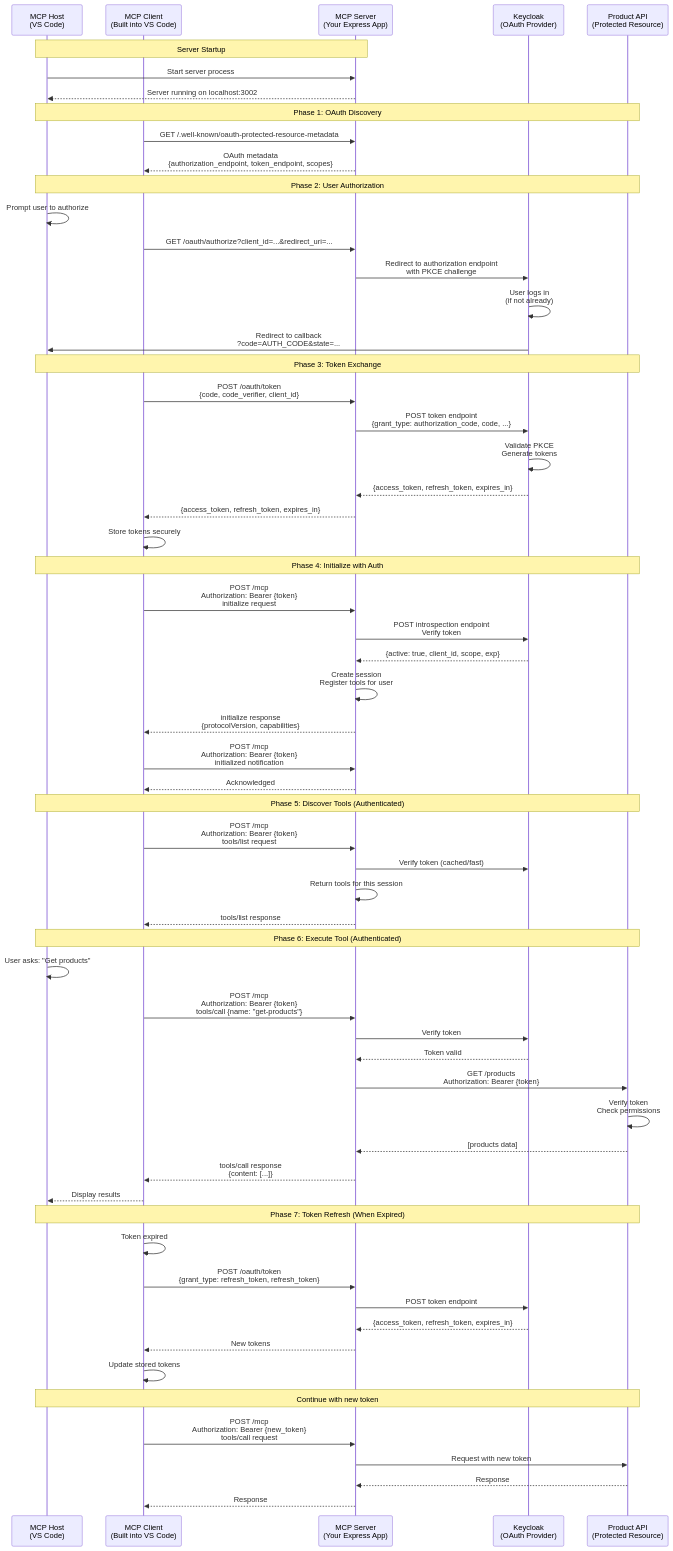
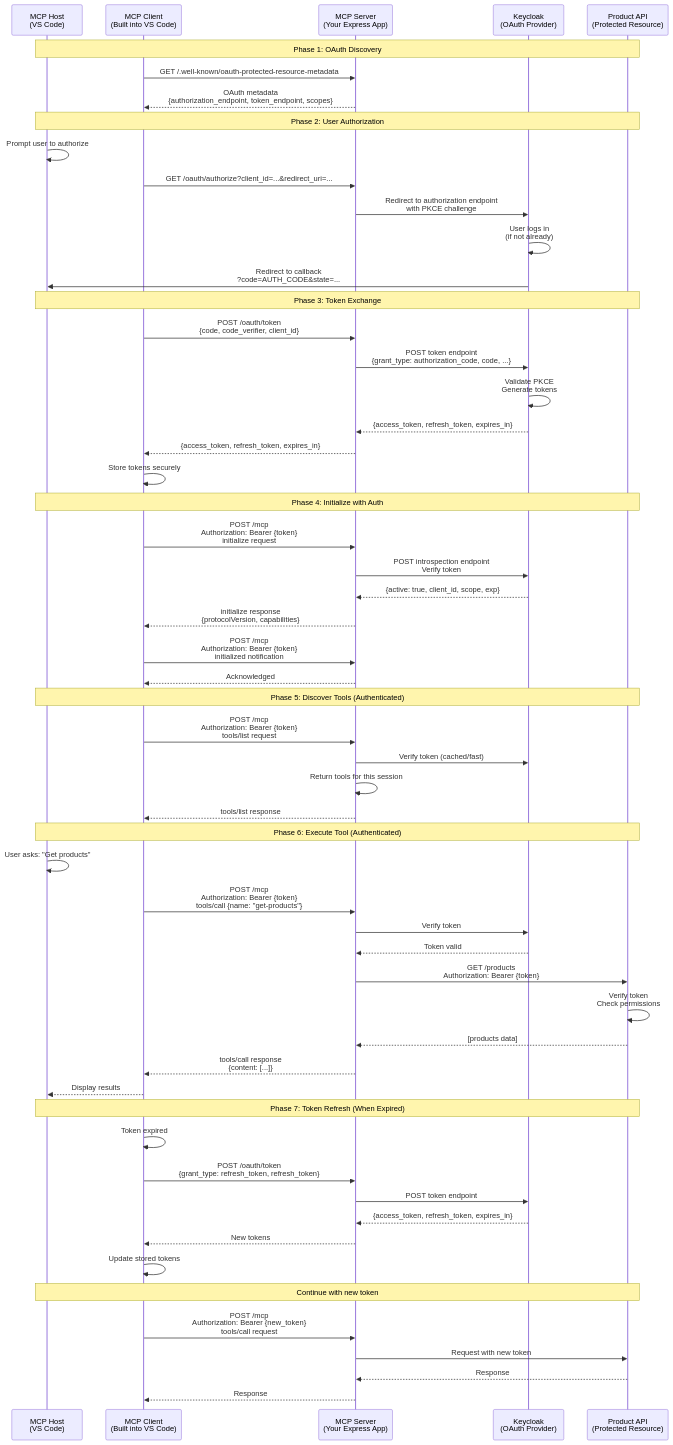
One commit to irinasmt/API-MCP-Keycloack-Demo changed the second of 2 diagrams in MCP-Flow-Diagrams.md. Above: the diagram before and after it, drawn with Mermaid. The commit also changed other lines of this file, not shown here.

Commit message:
small adjustments

````diff
--- a/MCP-Flow-Diagrams.md
+++ b/MCP-Flow-Diagrams.md
@@ -42,74 +37,69 @@
 ```mermaid
 sequenceDiagram
     participant Host as MCP Host<br/>(VS Code)
     participant Client as MCP Client<br/>(Built into VS Code)
     participant Server as MCP Server<br/>(Your Express App)
     participant Keycloak as Keycloak<br/>(OAuth Provider)
     participant API as Product API<br/>(Protected Resource)
-
-    Note over Host,Server: Server Startup
-    Host->>Server: Start server process
-    Server-->>Host: Server running on localhost:3002
 
     Note over Host,API: Phase 1: OAuth Discovery
     Client->>Server: GET /.well-known/oauth-protected-resource-metadata
     Server-->>Client: OAuth metadata<br/>{authorization_endpoint, token_endpoint, scopes}
 
     Note over Host,API: Phase 2: User Authorization
     Host->>Host: Prompt user to authorize
     Client->>Server: GET /oauth/authorize?client_id=...&redirect_uri=...
     Server->>Keycloak: Redirect to authorization endpoint<br/>with PKCE challenge
 
     Keycloak->>Keycloak: User logs in<br/>(if not already)
     Keycloak->>Host: Redirect to callback<br/>?code=AUTH_CODE&state=...
 
     Note over Host,API: Phase 3: Token Exchange
     Client->>Server: POST /oauth/token<br/>{code, code_verifier, client_id}
     Server->>Keycloak: POST token endpoint<br/>{grant_type: authorization_code, code, ...}
     Keycloak->>Keycloak: Validate PKCE<br/>Generate tokens
     Keycloak-->>Server: {access_token, refresh_token, expires_in}
     Server-->>Client: {access_token, refresh_token, expires_in}
 
     Client->>Client: Store tokens securely
 
     Note over Host,API: Phase 4: Initialize with Auth
     Client->>Server: POST /mcp<br/>Authorization: Bearer {token}<br/>initialize request
     Server->>Keycloak: POST introspection endpoint<br/>Verify token
     Keycloak-->>Server: {active: true, client_id, scope, exp}
-    Server->>Server: Create session<br/>Register tools for user
     Server-->>Client: initialize response<br/>{protocolVersion, capabilities}
 
     Client->>Server: POST /mcp<br/>Authorization: Bearer {token}<br/>initialized notification
     Server-->>Client: Acknowledged
 
     Note over Host,API: Phase 5: Discover Tools (Authenticated)
     Client->>Server: POST /mcp<br/>Authorization: Bearer {token}<br/>tools/list request
     Server->>Keycloak: Verify token (cached/fast)
     Server->>Server: Return tools for this session
     Server-->>Client: tools/list response
 
     Note over Host,API: Phase 6: Execute Tool (Authenticated)
     Host->>Host: User asks: "Get products"
     Client->>Server: POST /mcp<br/>Authorization: Bearer {token}<br/>tools/call {name: "get-products"}
     Server->>Keycloak: Verify token
     Keycloak-->>Server: Token valid
     Server->>API: GET /products<br/>Authorization: Bearer {token}
     API->>API: Verify token<br/>Check permissions
     API-->>Server: [products data]
     Server-->>Client: tools/call response<br/>{content: [...]}
     Client-->>Host: Display results
 
     Note over Host,API: Phase 7: Token Refresh (When Expired)
     Client->>Client: Token expired
     Client->>Server: POST /oauth/token<br/>{grant_type: refresh_token, refresh_token}
     Server->>Keycloak: POST token endpoint
     Keycloak-->>Server: {access_token, refresh_token, expires_in}
     Server-->>Client: New tokens
     Client->>Client: Update stored tokens
 
     Note over Host,API: Continue with new token
     Client->>Server: POST /mcp<br/>Authorization: Bearer {new_token}<br/>tools/call request
     Server->>API: Request with new token
     API-->>Server: Response
     Server-->>Client: Response
 ```
````
